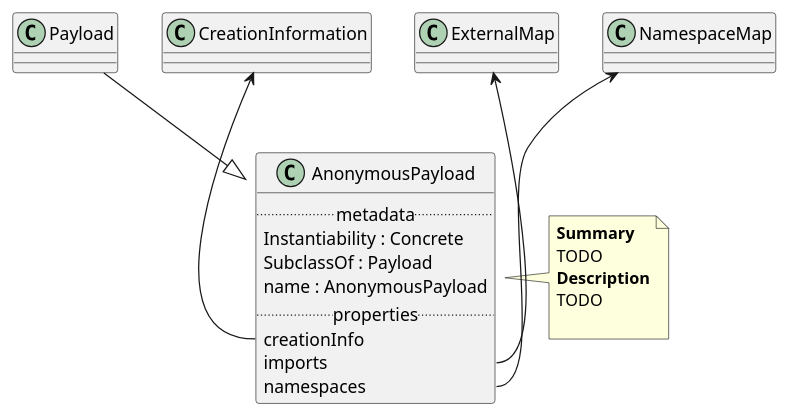
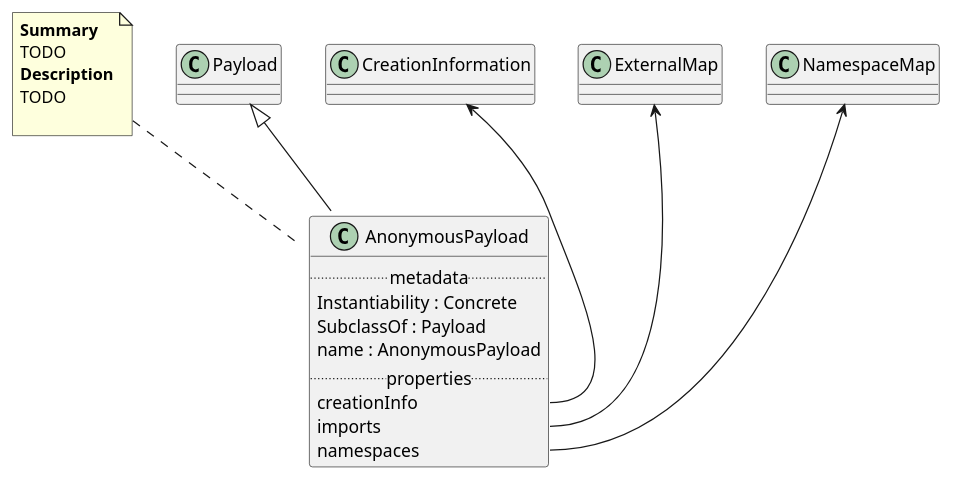
The diagram in Classes/AnonymousPayload.puml (maxhbr/spec-parser.hs), drawn with PlantUML before and after one commit. The commit also changed 51 other files, not shown here.

```diff
--- a/Classes/AnonymousPayload.puml
+++ b/Classes/AnonymousPayload.puml
@@ -1,23 +1,23 @@
 @startuml
 class AnonymousPayload {
 .. metadata ..
     Instantiability : Concrete
     SubclassOf : Payload
     name : AnonymousPayload
 .. properties ..
     creationInfo
     imports
     namespaces
 }
-note right of AnonymousPayload
+note top of AnonymousPayload
 <b>Summary</b>
 TODO
 <b>Description</b>
 TODO
 
 end note
-"Payload" --|> "AnonymousPayload"
+"Payload" <|-- "AnonymousPayload"
 "CreationInformation" <-- "AnonymousPayload::creationInfo"
 "ExternalMap" <-- "AnonymousPayload::imports"
 "NamespaceMap" <-- "AnonymousPayload::namespaces"
 @enduml
```
